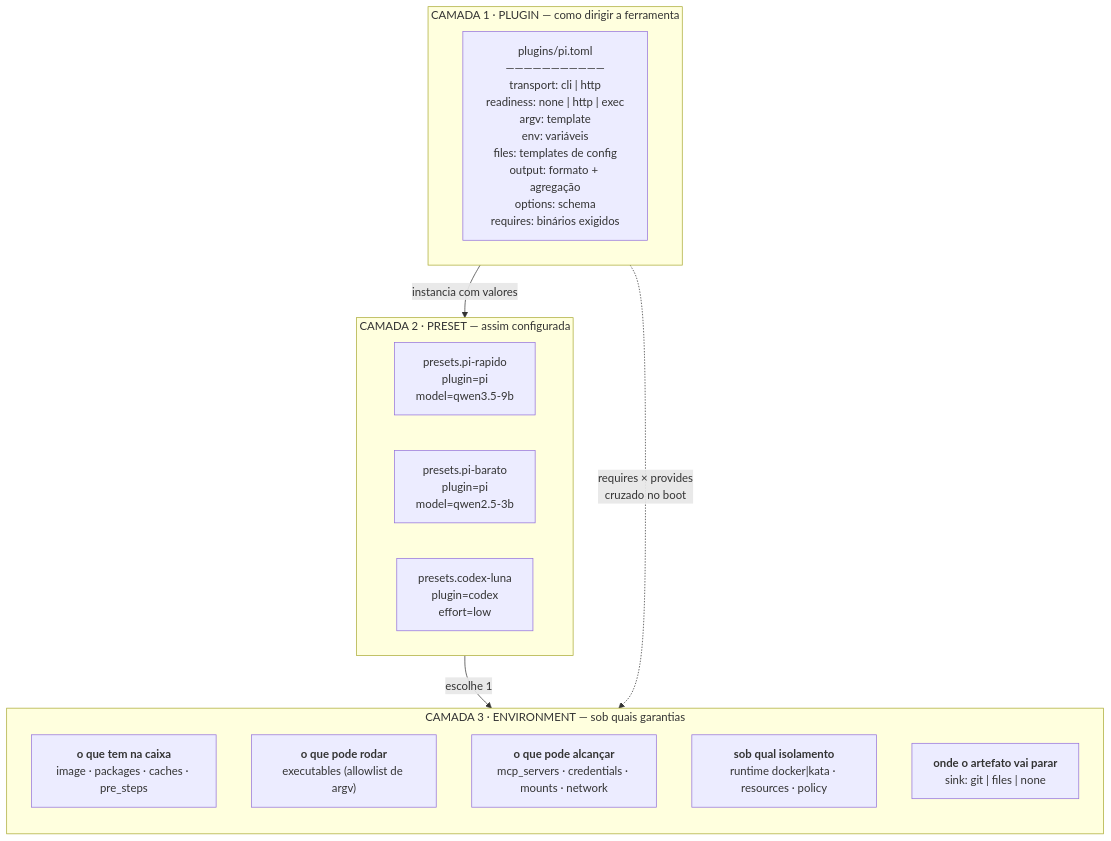
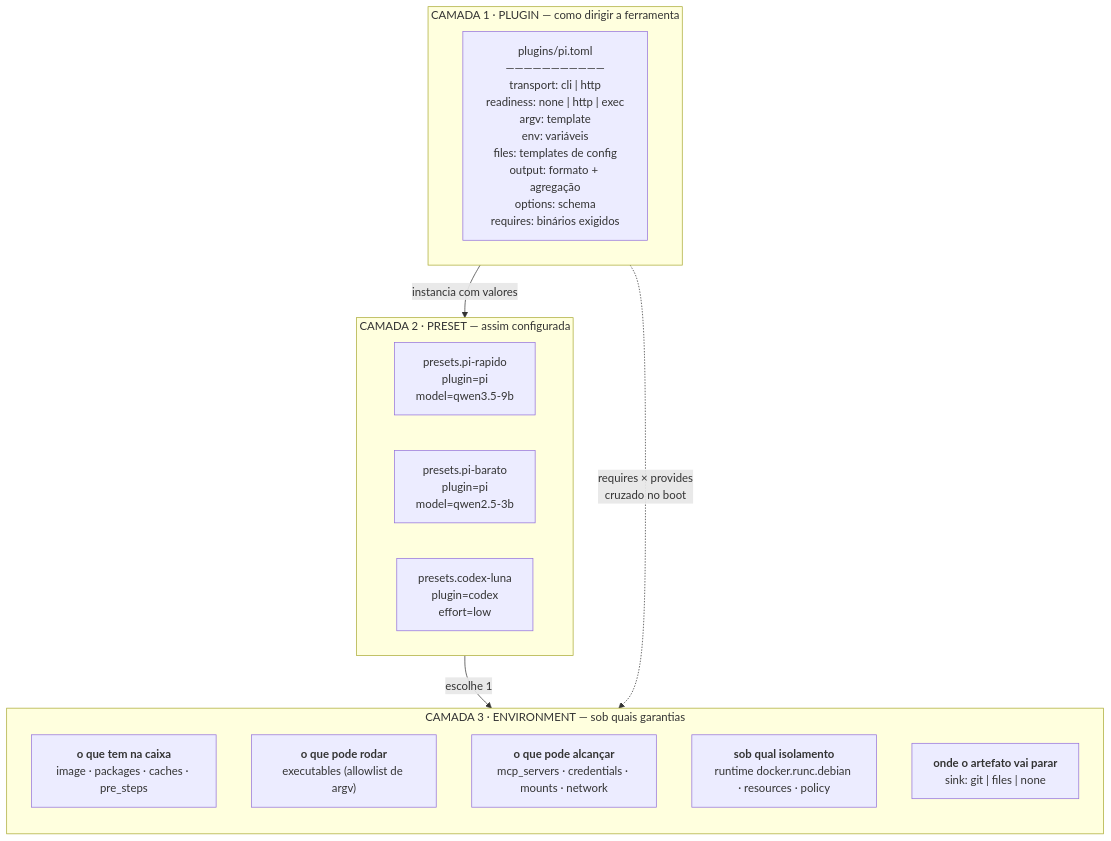
The first of 8 diagrams in docs/plugins-e-ciclo-de-vida.md (This-Is-NPC/omashiki), drawn with Mermaid before and after one commit. The commit also changed other lines of this file and 15 other files, not shown here.

````diff
--- a/docs/plugins-e-ciclo-de-vida.md
+++ b/docs/plugins-e-ciclo-de-vida.md
@@ -44,27 +47,27 @@
 ```mermaid
 flowchart TB
     subgraph L1["CAMADA 1 · PLUGIN — como dirigir a ferramenta"]
         direction LR
         P["plugins/pi.toml<br/>―――――――――――<br/>transport: cli | http<br/>readiness: none | http | exec<br/>argv: template<br/>env: variáveis<br/>files: templates de config<br/>output: formato + agregação<br/>options: schema<br/>requires: binários exigidos"]
     end
 
     subgraph L2["CAMADA 2 · PRESET — assim configurada"]
         direction LR
         S1["presets.pi-rapido<br/>plugin=pi<br/>model=qwen3.5-9b"]
         S2["presets.pi-barato<br/>plugin=pi<br/>model=qwen2.5-3b"]
         S3["presets.codex-luna<br/>plugin=codex<br/>effort=low"]
     end
 
     subgraph L3["CAMADA 3 · ENVIRONMENT — sob quais garantias"]
         direction TB
         E1["<b>o que tem na caixa</b><br/>image · packages · caches · pre_steps"]
         E2["<b>o que pode rodar</b><br/>executables (allowlist de argv)"]
         E3["<b>o que pode alcançar</b><br/>mcp_servers · credentials · mounts · network"]
-        E4["<b>sob qual isolamento</b><br/>runtime docker|kata · resources · policy"]
+        E4["<b>sob qual isolamento</b><br/>runtime docker.runc.debian · resources · policy"]
         E5["<b>onde o artefato vai parar</b><br/>sink: git | files | none"]
     end
 
     L1 -->|instancia com valores| L2
     L2 -->|escolhe 1| L3
     L1 -.->|requires × provides<br/>cruzado no boot| E1
 ```
````
